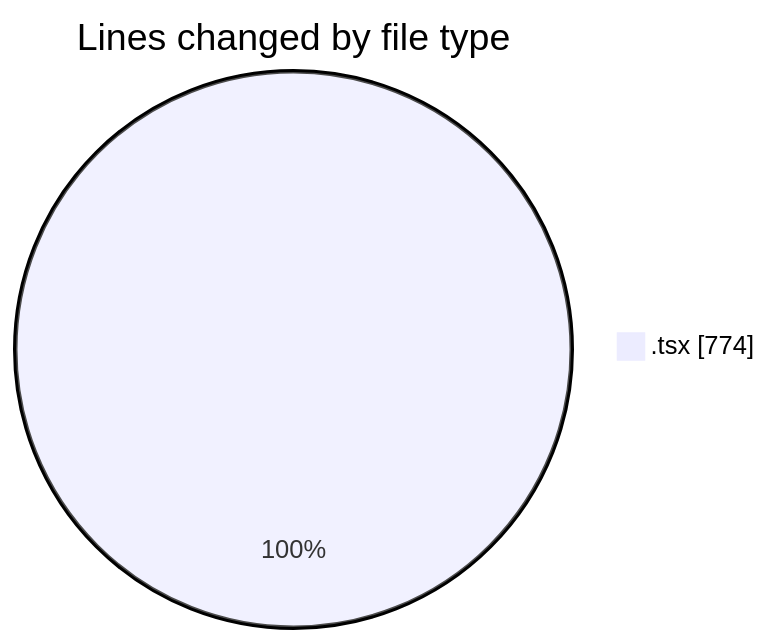
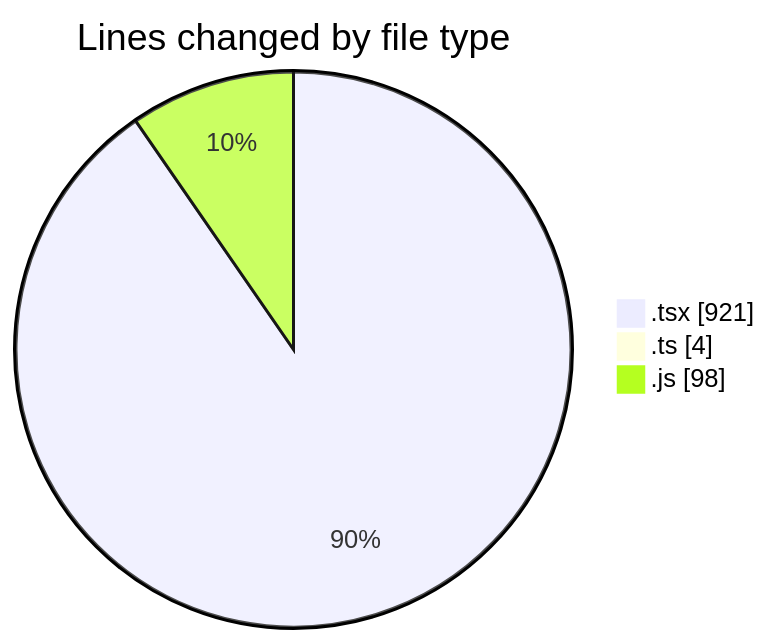
One commit to momahboobian/code-tracking changed the first of 2 diagrams in 2026-05-29/cda/README.md. Above: the diagram before and after it, drawn with Mermaid. The commit also changed other lines of this file and 1 other file, not shown here.

````diff
--- a/2026-05-29/cda/README.md
+++ b/2026-05-29/cda/README.md
@@ -22,5 +30,7 @@
 ```mermaid
 pie showData
 title Lines changed by file type
-".tsx" : 774
+".tsx" : 921
+".ts" : 4
+".js" : 98
 ```
````
